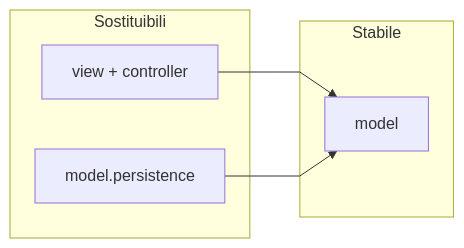
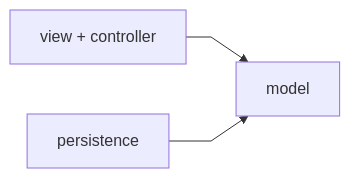
The diagram in .github/wiki-pages/Estendibilita.md (ValerioGiglio04/rpg-MPGC), drawn with Mermaid before and after one commit. The commit also changed other lines of this file and 6 other files, not shown here.

````diff
--- a/.github/wiki-pages/Estendibilita.md
+++ b/.github/wiki-pages/Estendibilita.md
@@ -14,13 +15,9 @@
 ```mermaid
 %%{init: {'flowchart': {'curve': 'linear'}}}%%
 flowchart LR
-  subgraph sostituibili [Sostituibili]
-    View[view + controller]
-    Persistence[model.persistence]
-  end
-  subgraph stabile [Stabile]
-    Model[model]
-  end
+  View[view + controller]
+  Model[model]
+  Pers[persistence]
   View --> Model
-  Persistence --> Model
+  Pers --> Model
 ```
````
